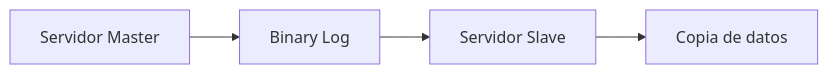
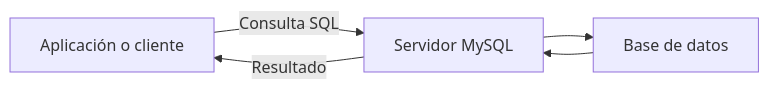
One commit to Velasco-c/Apuntes-personal changed the first of 5 diagrams in MySQL/01-MySQL.md. Above: the diagram before and after it, drawn with Mermaid. The commit also changed other lines of this file and 2 other files, not shown here.

````diff
--- a/MySQL/01-MySQL.md
+++ b/MySQL/01-MySQL.md
@@ -226,11 +275,7 @@
-```mermaid id="mysqlrep01"
+```mermaid
 flowchart LR
-
-A[Servidor Master]
-
---> B[Binary Log]
-
-B --> C[Servidor Slave]
-
-C --> D[Copia de datos]
+    A[Aplicación o cliente] -->|Consulta SQL| B[Servidor MySQL]
+    B --> C[Base de datos]
+    C --> B
+    B -->|Resultado| A
 ```
````
